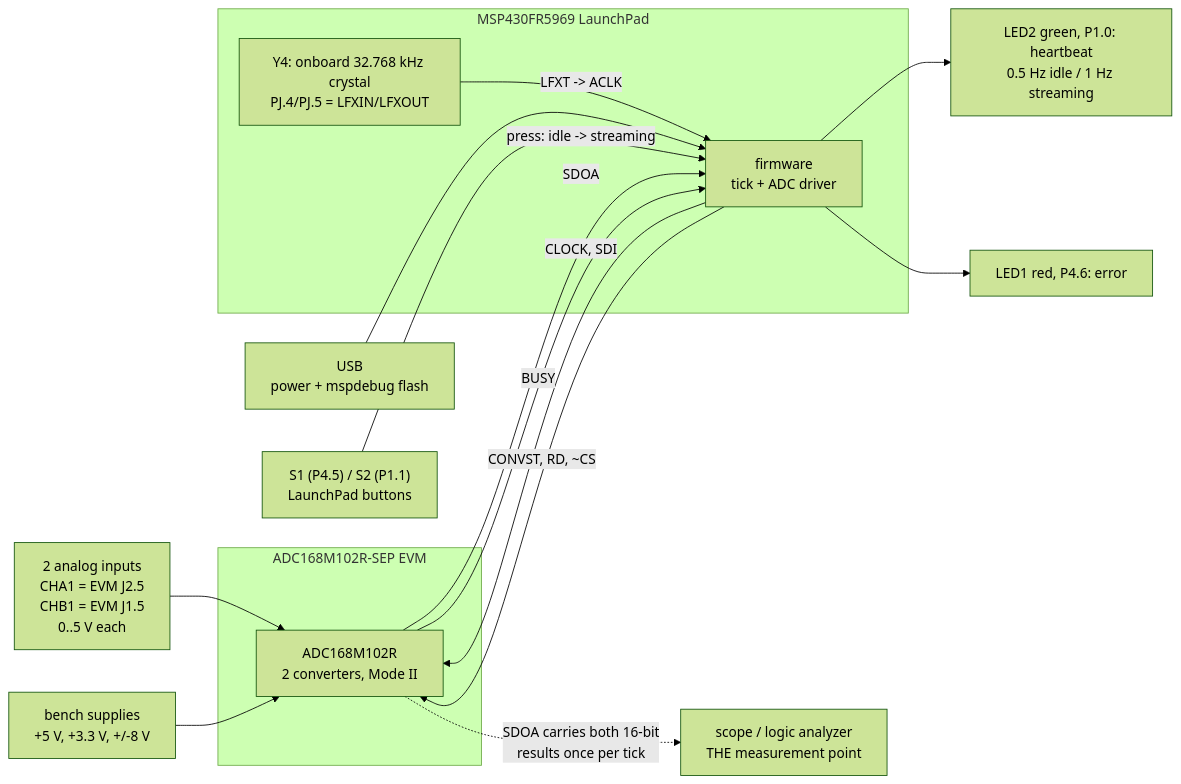
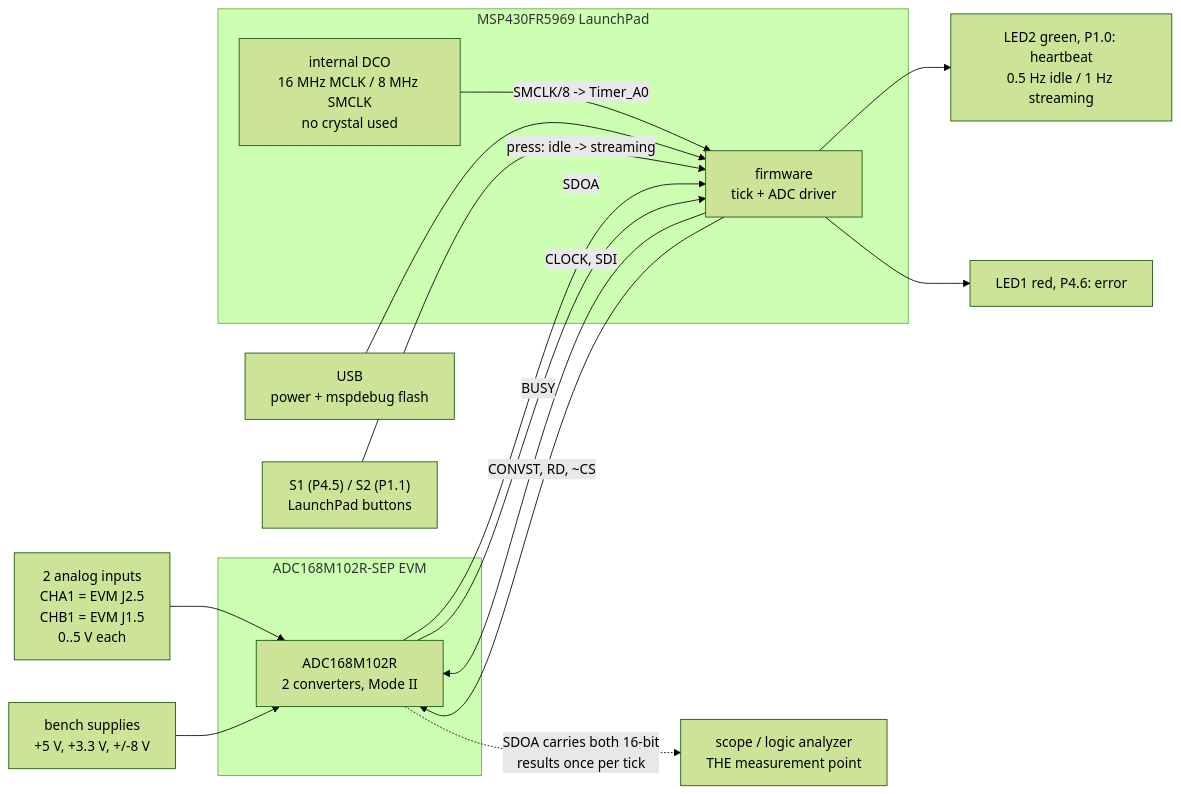
Before and after one commit to S-OConnor/MSP430_TestRepo: the first of 13 diagrams in docs/DESIGN.md, drawn with Mermaid (forest theme). The commit also changed other lines of this file and 13 other files, not shown here.

````diff
--- a/docs/DESIGN.md
+++ b/docs/DESIGN.md
@@ -108,33 +108,33 @@
 ```mermaid
 flowchart LR
     AIN["2 analog inputs<br/>CHA1 = EVM J2.5<br/>CHB1 = EVM J1.5<br/>0..5 V each"]
     PWR["bench supplies<br/>+5 V, +3.3 V, +/-8 V"]
     USB["USB<br/>power + mspdebug flash"]
     BTN["S1 (P4.5) / S2 (P1.1)<br/>LaunchPad buttons"]
 
     subgraph EVM["ADC168M102R-SEP EVM"]
         ADC["ADC168M102R<br/>2 converters, Mode II"]
     end
 
     subgraph LP["MSP430FR5969 LaunchPad"]
         MCU["firmware<br/>tick + ADC driver"]
-        Y4["Y4: onboard 32.768 kHz crystal<br/>PJ.4/PJ.5 = LFXIN/LFXOUT"]
+        DCO["internal DCO<br/>16 MHz MCLK / 8 MHz SMCLK<br/>no crystal used"]
     end
 
     SCOPE["scope / logic analyzer<br/>THE measurement point"]
 
     AIN --> ADC
     PWR --> ADC
-    Y4 -->|"LFXT -> ACLK"| MCU
+    DCO -->|"SMCLK/8 -> Timer_A0"| MCU
     USB --> MCU
     BTN -->|"press: idle -> streaming"| MCU
 
     MCU -->|"CLOCK, SDI"| ADC
     MCU -->|"CONVST, RD, ~CS"| ADC
     ADC -->|SDOA| MCU
     ADC -->|BUSY| MCU
 
     ADC -.->|"SDOA carries both 16-bit<br/>results once per tick"| SCOPE
     MCU --> LEDH["LED2 green, P1.0: heartbeat<br/>0.5 Hz idle / 1 Hz streaming"]
     MCU --> LEDE["LED1 red, P4.6: error"]
 ```
````
